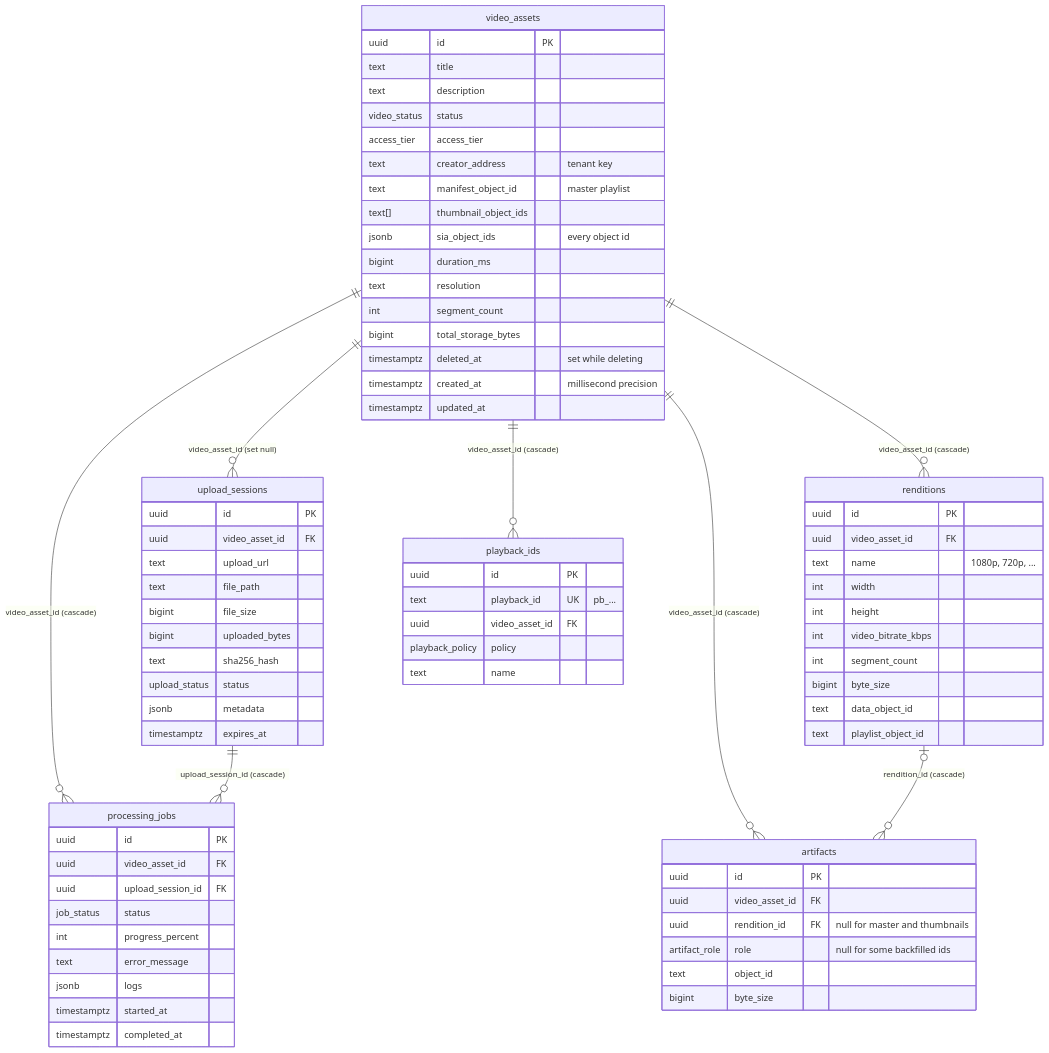
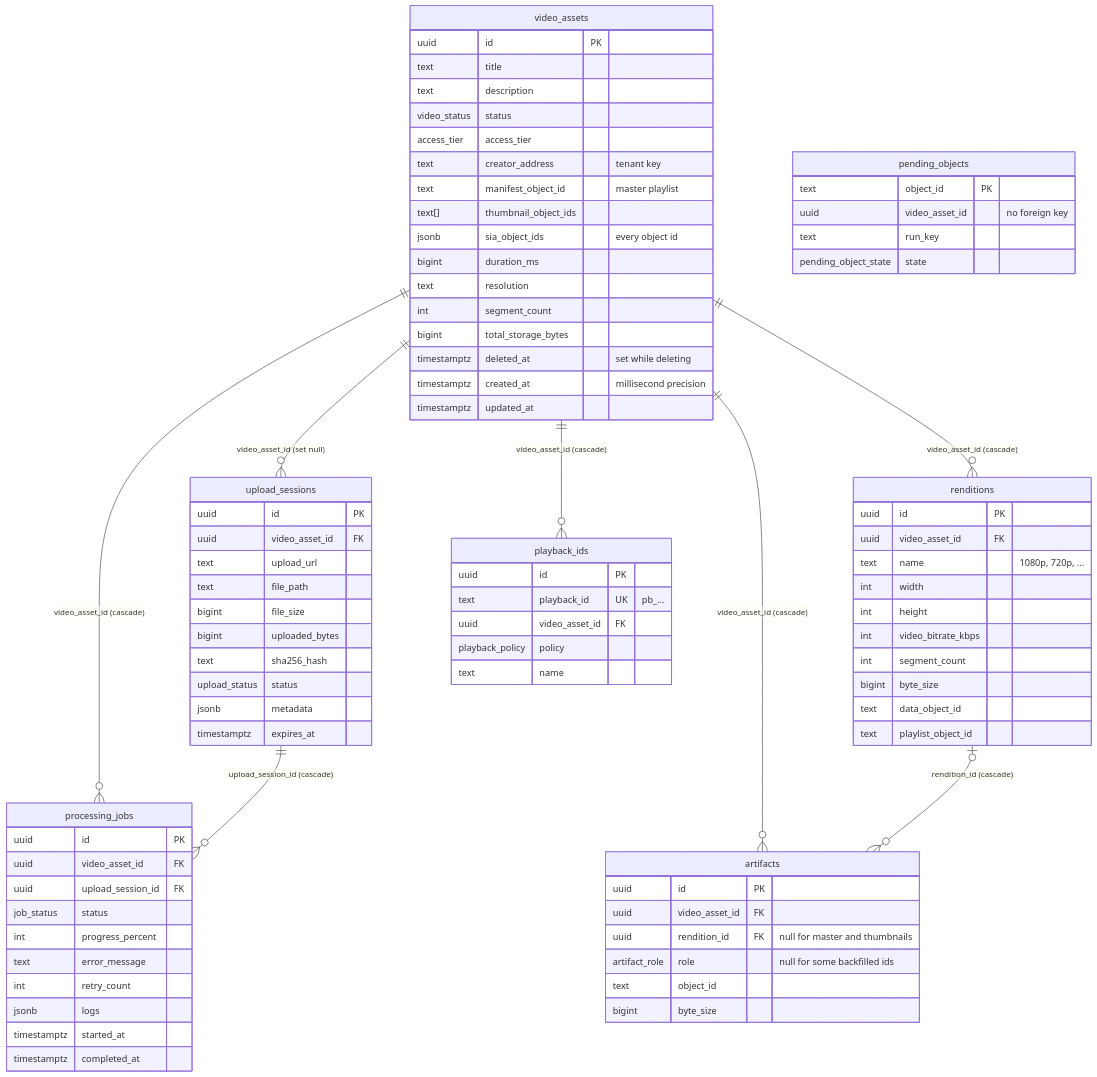
The first of 2 diagrams in docs/architecture/data-model.md (justmert/Sluby), drawn with Mermaid before and after one commit. The commit also changed other lines of this file and 4 other files, not shown here.

Commit message:
document pending objects, run directories and the deletion gc cleanup

````diff
--- a/docs/architecture/data-model.md
+++ b/docs/architecture/data-model.md
@@ -56,6 +56,7 @@
     job_status status
     int progress_percent
     text error_message
+    int retry_count
     jsonb logs
     timestamptz started_at
     timestamptz completed_at
@@ -87,4 +88,10 @@
     playback_policy policy
     text name
   }
+  pending_objects {
+    text object_id PK
+    uuid video_asset_id "no foreign key"
+    text run_key
+    pending_object_state state
+  }
 ```
````
